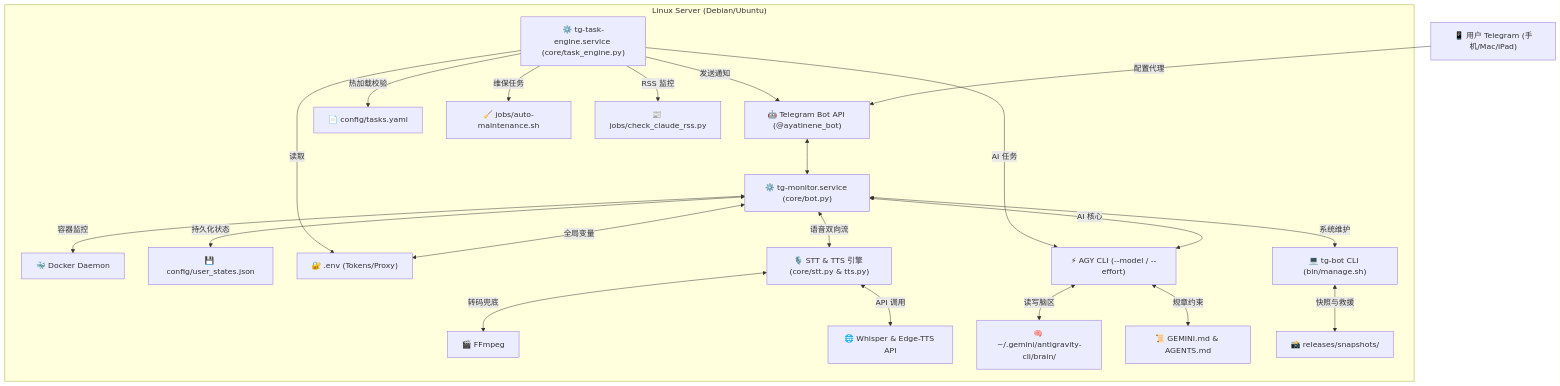
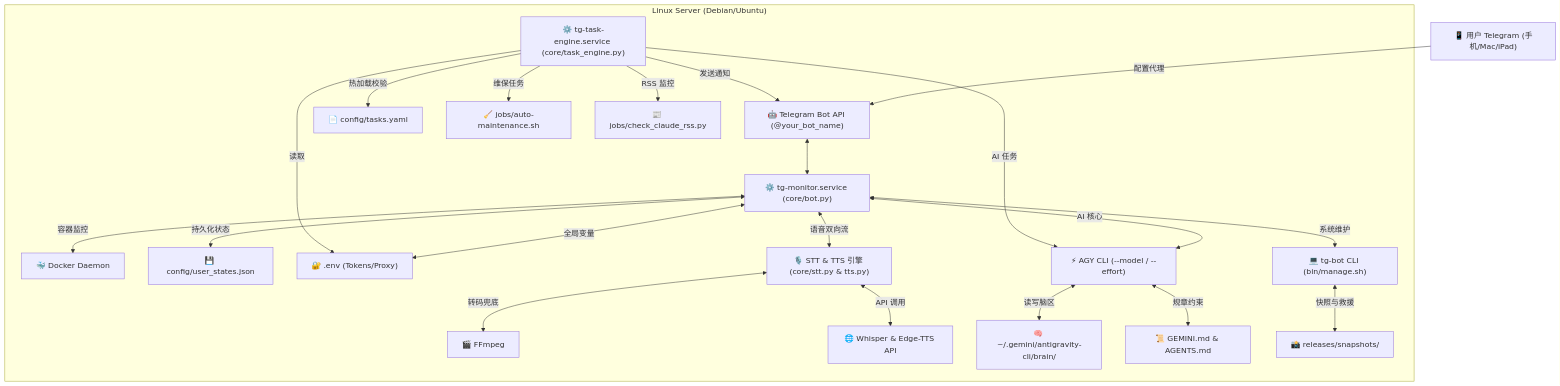
One commit to xwvike/tg-monitor changed the diagram in README.md. Above: the diagram before and after it, drawn with Mermaid.

Commit message:
Docs: Anonymize bot username in architecture diagram

````diff
--- a/README.md
+++ b/README.md
@@ -19,29 +19,29 @@
 ```mermaid
 graph TD
-    User["📱 用户 Telegram (手机/Mac/iPad)"] -->|配置代理| BotAPI["🤖 Telegram Bot API (@ayatinene_bot)"]
+    User["📱 用户 Telegram (手机/Mac/iPad)"] -->|配置代理| BotAPI["🤖 Telegram Bot API (@your_bot_name)"]
     BotAPI <--> SystemdService["⚙️ tg-monitor.service (core/bot.py)"]
     
     subgraph LinuxServer ["Linux Server (Debian/Ubuntu)"]
         SystemdService <-->|容器监控| DockerEngine["🐳 Docker Daemon"]
         SystemdService <-->|持久化状态| StateJSON["💾 config/user_states.json"]
         SystemdService <-->|全局变量| EnvFile["🔐 .env (Tokens/Proxy)"]
         SystemdService <-->|系统维护| TGBotCLI["💻 tg-bot CLI (bin/manage.sh)"]
         SystemdService <-->|AI 核心| AGYEngine["⚡ AGY CLI (--model / --effort)"]
         SystemdService <-->|语音双向流| VoiceEngine["🎙️ STT & TTS 引擎 (core/stt.py & tts.py)"]
         
         VoiceEngine <-->|转码兜底| FFmpeg["🎬 FFmpeg"]
         VoiceEngine <-->|API 调用| HTTP_APIs["🌐 Whisper & Edge-TTS API"]
         
         AGYEngine <-->|读写脑区| BrainDir["🧠 ~/.gemini/antigravity-cli/brain/"]
         AGYEngine <-->|规章约束| RulesMD["📜 GEMINI.md & AGENTS.md"]
         
         TaskEngineService["⚙️ tg-task-engine.service (core/task_engine.py)"] -->|热加载校验| TasksYAML["📄 config/tasks.yaml"]
         TaskEngineService -->|读取| EnvFile
         TaskEngineService -->|维保任务| MaintScript["🧹 jobs/auto-maintenance.sh"]
         TaskEngineService -->|RSS 监控| RSSScript["📰 jobs/check_claude_rss.py"]
         TaskEngineService -->|AI 任务| AGYEngine
         TaskEngineService -->|发送通知| BotAPI
         
         TGBotCLI <-->|快照与救援| Snapshots["📸 releases/snapshots/"]
     end
 ```
````
